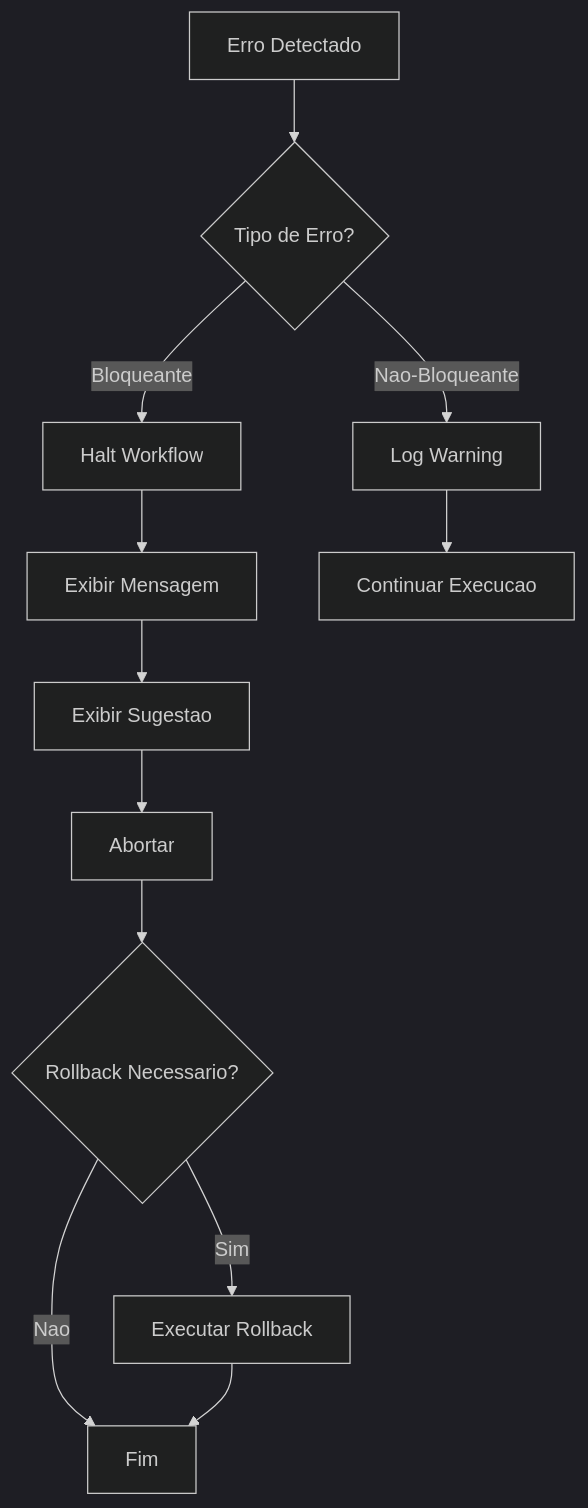
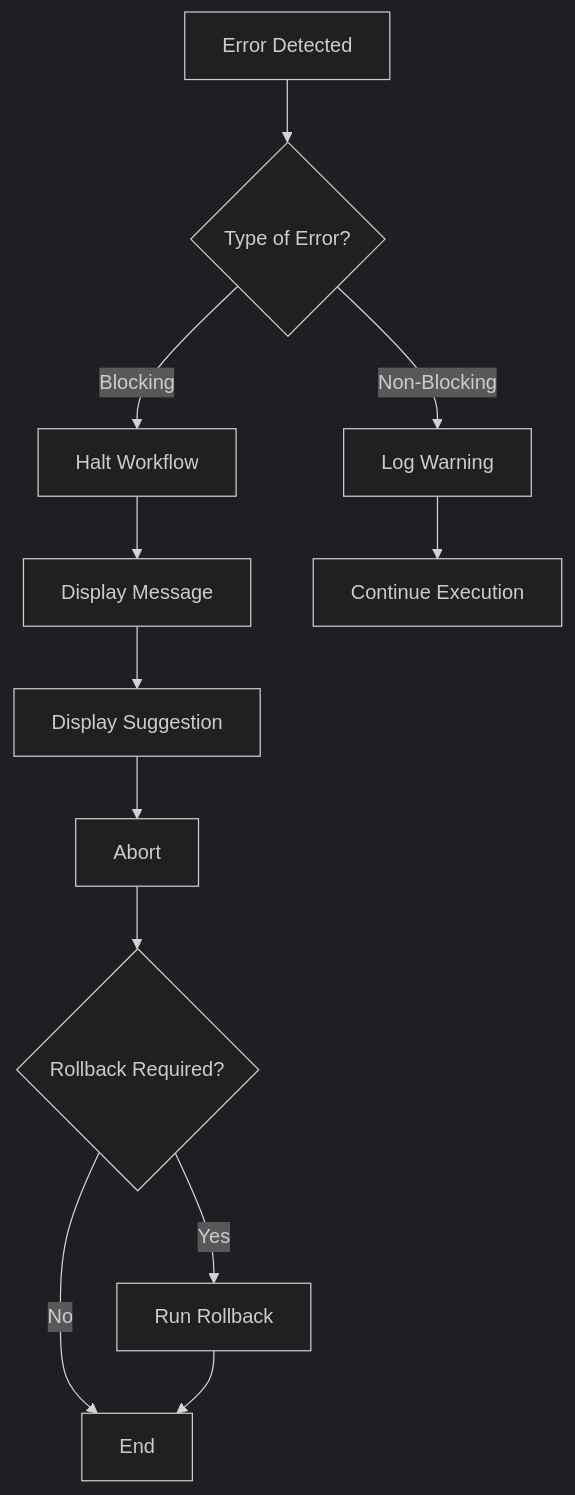
One commit to CyryxLabs/AEXOS changed the fifth of 5 diagrams in docs/guides/workflows/AUTO-WORKTREE-WORKFLOW.md. Above: the diagram before and after it, drawn with Mermaid (dark theme). The commit also changed other lines of this file and 528 other files, not shown here.

````diff
--- a/docs/guides/workflows/AUTO-WORKTREE-WORKFLOW.md
+++ b/docs/guides/workflows/AUTO-WORKTREE-WORKFLOW.md
@@ -608,18 +608,18 @@
 ```mermaid
 flowchart TD
-    E1[Erro Detectado] --> E2{Tipo de Erro?}
+    E1[Error Detected] --> E2{Type of Error?}
 
-    E2 -->|Bloqueante| E3[Halt Workflow]
-    E2 -->|Nao-Bloqueante| E4[Log Warning]
+    E2 -->|Blocking| E3[Halt Workflow]
+    E2 -->|Non-Blocking| E4[Log Warning]
 
-    E3 --> E5[Exibir Mensagem]
-    E5 --> E6[Exibir Sugestao]
-    E6 --> E7[Abortar]
+    E3 --> E5[Display Message]
+    E5 --> E6[Display Suggestion]
+    E6 --> E7[Abort]
 
-    E4 --> E8[Continuar Execucao]
+    E4 --> E8[Continue Execution]
 
-    E7 --> ROLLBACK{Rollback Necessario?}
-    ROLLBACK -->|Sim| E9[Executar Rollback]
-    ROLLBACK -->|Nao| END[Fim]
+    E7 --> ROLLBACK{Rollback Required?}
+    ROLLBACK -->|Yes| E9[Run Rollback]
+    ROLLBACK -->|No| END[End]
     E9 --> END
 ```
````
